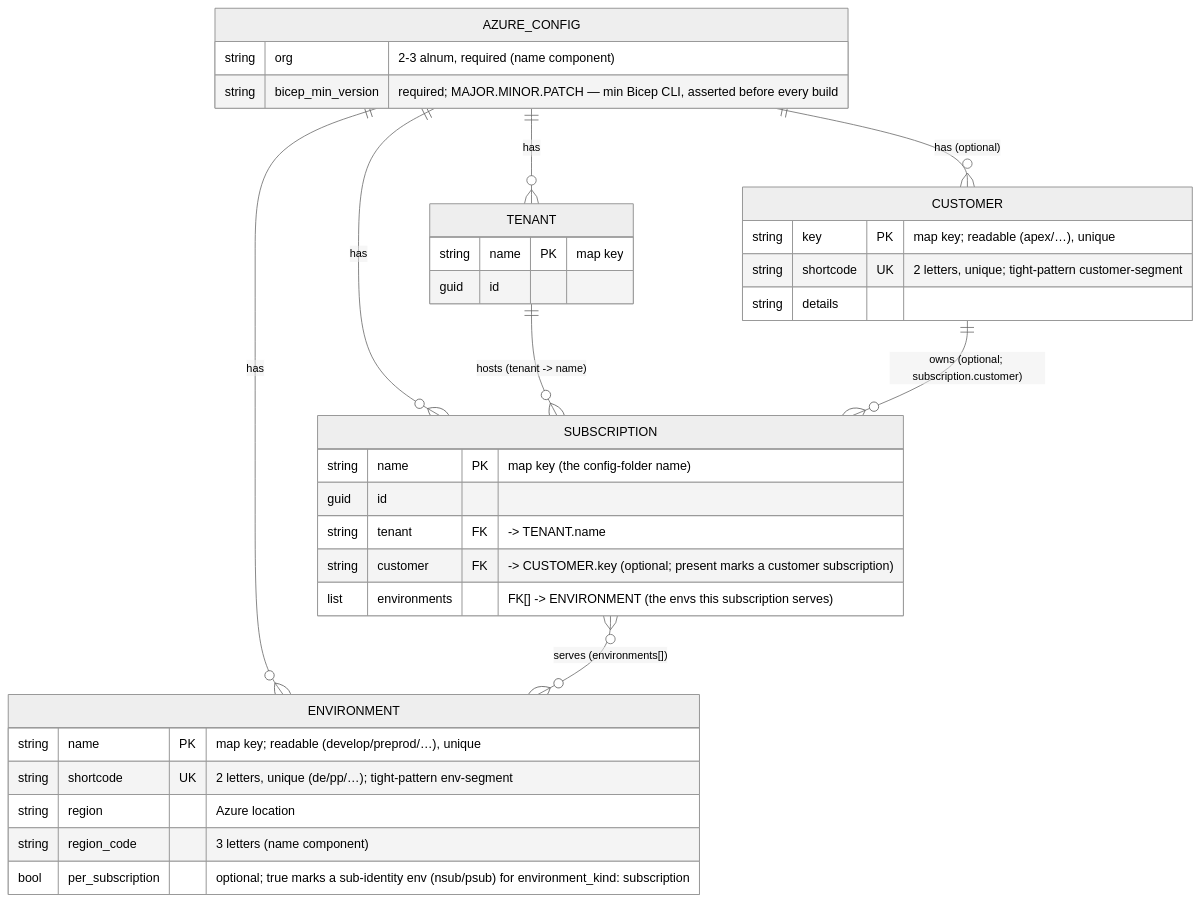
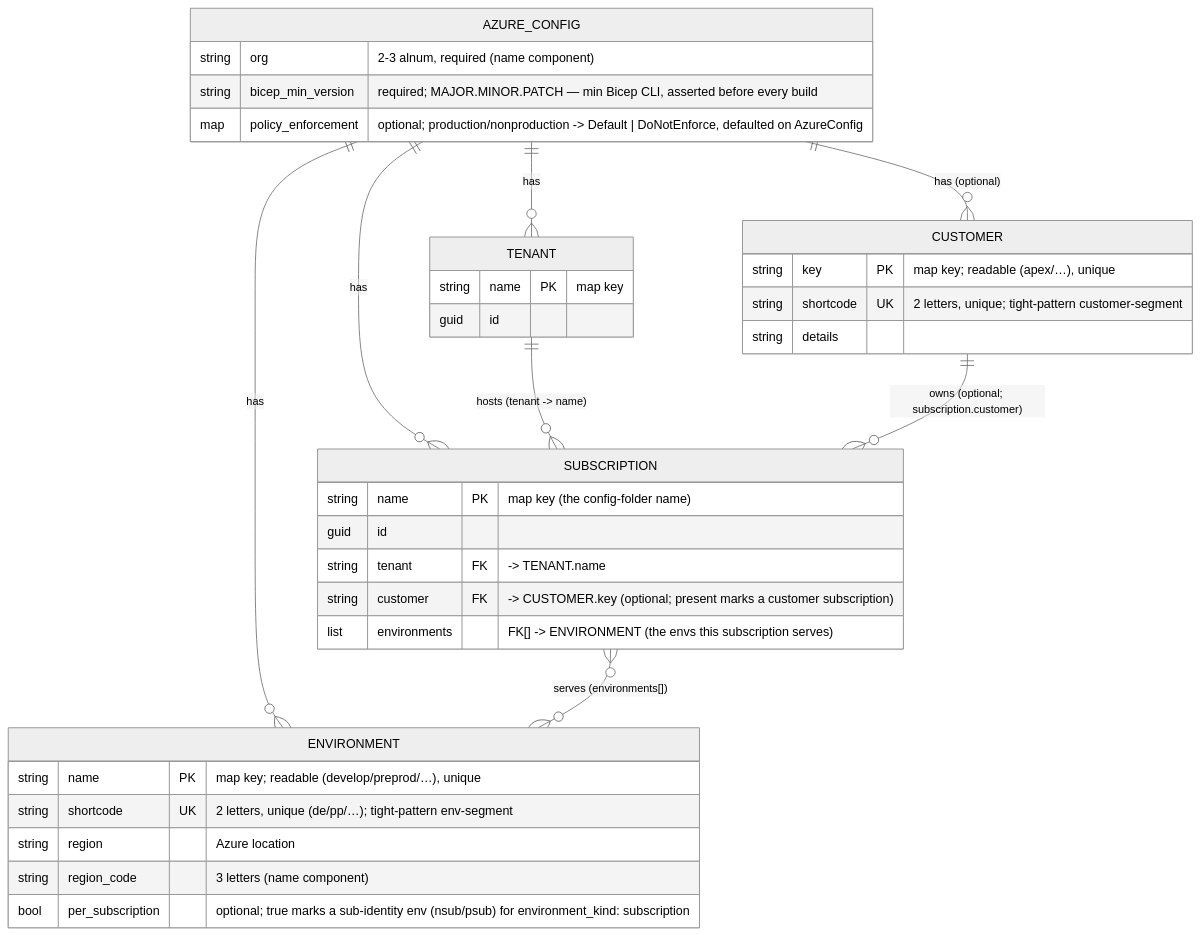
The first of 2 diagrams in docs/adr/azure/azure-data-model.md (casperease/catzc), drawn with Mermaid (neutral theme) before and after one commit. The commit also changed other lines of this file and 71 other files, not shown here.

````diff
--- a/docs/adr/azure/azure-data-model.md
+++ b/docs/adr/azure/azure-data-model.md
@@ -122,38 +139,39 @@
 ```mermaid
 erDiagram
     AZURE_CONFIG ||--o{ TENANT       : has
     AZURE_CONFIG ||--o{ CUSTOMER     : "has (optional)"
     AZURE_CONFIG ||--o{ ENVIRONMENT  : has
     AZURE_CONFIG ||--o{ SUBSCRIPTION : has
     TENANT       ||--o{ SUBSCRIPTION : "hosts (tenant -> name)"
     CUSTOMER     ||--o{ SUBSCRIPTION : "owns (optional; subscription.customer)"
     SUBSCRIPTION }o--o{ ENVIRONMENT  : "serves (environments[])"
 
     AZURE_CONFIG {
         string org "2-3 alnum, required (name component)"
         string bicep_min_version "required; MAJOR.MINOR.PATCH — min Bicep CLI, asserted before every build"
+        map    policy_enforcement "optional; production/nonproduction -> Default | DoNotEnforce, defaulted on AzureConfig"
     }
     TENANT {
         string name PK "map key"
         guid   id
     }
     CUSTOMER {
         string key       PK "map key; readable (apex/…), unique"
         string shortcode UK "2 letters, unique; tight-pattern customer-segment"
         string details
     }
     ENVIRONMENT {
         string name             PK "map key; readable (develop/preprod/…), unique"
         string shortcode        UK "2 letters, unique (de/pp/…); tight-pattern env-segment"
         string region           "Azure location"
         string region_code      "3 letters (name component)"
         bool   per_subscription "optional; true marks a sub-identity env (nsub/psub) for environment_kind: subscription"
     }
     SUBSCRIPTION {
         string name     PK "map key (the config-folder name)"
         guid   id
         string tenant   FK "-> TENANT.name"
         string customer FK "-> CUSTOMER.key (optional; present marks a customer subscription)"
         list   environments "FK[] -> ENVIRONMENT (the envs this subscription serves)"
     }
 ```
````
